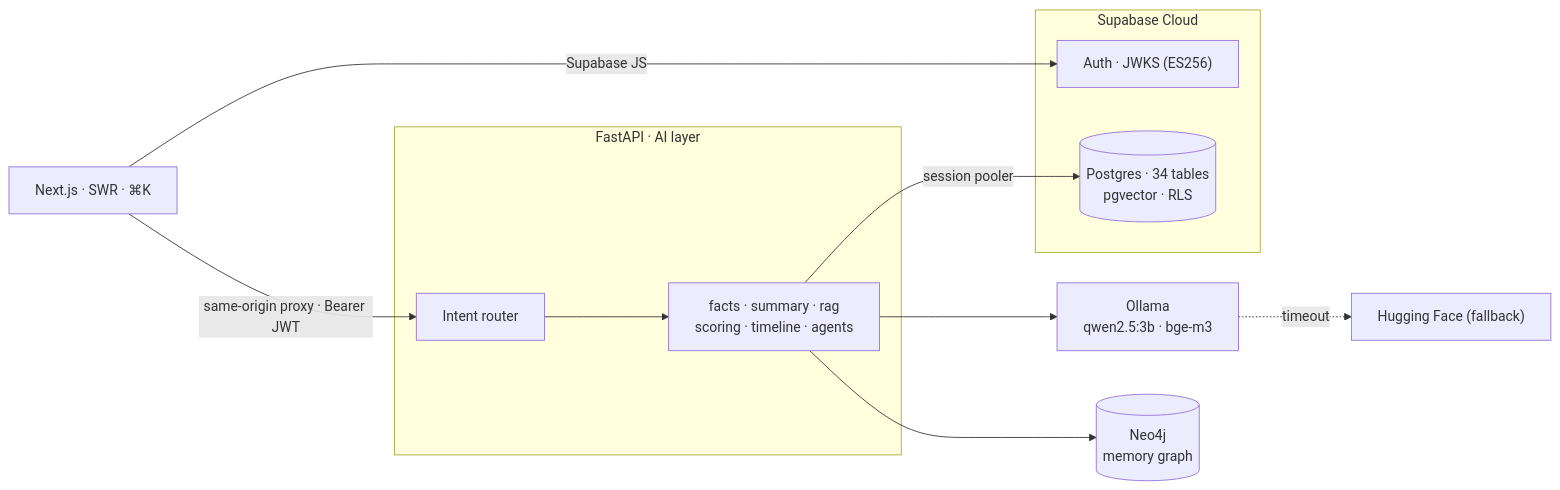
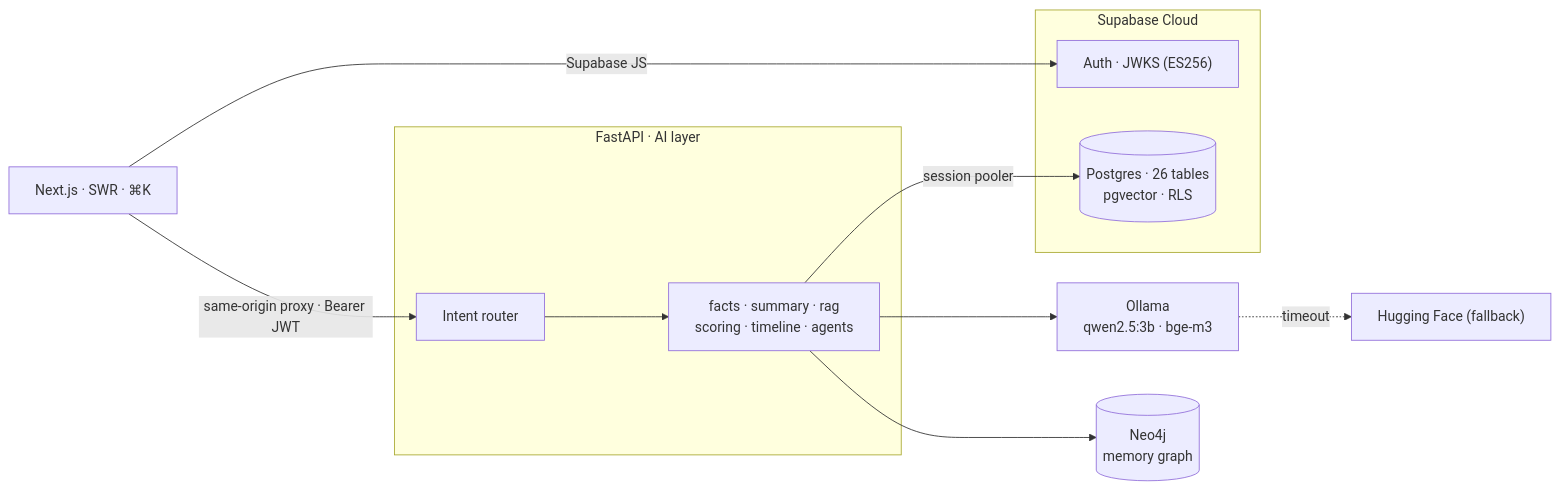
One commit to Tarun21W/Chargebee changed the diagram in README.md. Above: the diagram before and after it, drawn with Mermaid. The commit also changed other lines of this file and 10 other files, not shown here.

First line of the commit message:
schema: drop 8 unused stub tables (connectors, notifications, reporting) -> 26 tables

````diff
--- a/README.md
+++ b/README.md
@@ -151,20 +151,20 @@
 ```mermaid
 flowchart LR
     UI["Next.js · SWR · ⌘K"]
     subgraph Supabase["Supabase Cloud"]
-      PG[("Postgres · 34 tables<br/>pgvector · RLS")]
+      PG[("Postgres · 26 tables<br/>pgvector · RLS")]
       AUTH["Auth · JWKS (ES256)"]
     end
     subgraph AI["FastAPI · AI layer"]
       RT["Intent router"] --> SVC["facts · summary · rag<br/>scoring · timeline · agents"]
     end
     OLL["Ollama<br/>qwen2.5:3b · bge-m3"]
     HF["Hugging Face (fallback)"]
     NEO[("Neo4j<br/>memory graph")]
     UI -->|Supabase JS| AUTH
     UI -->|same-origin proxy · Bearer JWT| RT
     SVC -->|session pooler| PG
     SVC --> OLL
     OLL -.->|timeout| HF
     SVC --> NEO
 ```
````
